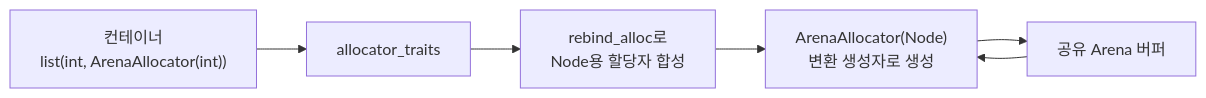
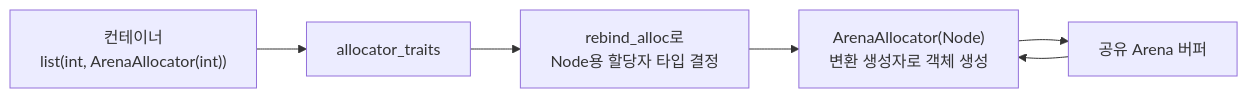
One commit to 42jerrykim/42jerrykim.github.io changed the diagram in content/collection/optimization-04-memory-allocation/03-custom-allocator/index.md. Above: the diagram before and after it, drawn with Mermaid. The commit also changed other lines of this file and 1 other file, not shown here.

First line of the commit message:
feat: optimization-04-memory-allocation/03-custom-allocator post-quality-loop 채점 완료 (93.9점, 통과)

````diff
--- a/content/collection/optimization-04-memory-allocation/03-custom-allocator/index.md
+++ b/content/collection/optimization-04-memory-allocation/03-custom-allocator/index.md
@@ -218,8 +332,8 @@
 ```mermaid
 flowchart LR
   container["컨테이너</br>list(int, ArenaAllocator(int))"] --> traits["allocator_traits"]
-  traits --> rebindStep["rebind_alloc로</br>Node용 할당자 합성"]
-  rebindStep --> nodeAlloc["ArenaAllocator(Node)</br>변환 생성자로 생성"]
+  traits --> rebindStep["rebind_alloc로</br>Node용 할당자 타입 결정"]
+  rebindStep --> nodeAlloc["ArenaAllocator(Node)</br>변환 생성자로 객체 생성"]
   nodeAlloc --> arena["공유 Arena 버퍼"]
   arena --> nodeAlloc
 ```
````
